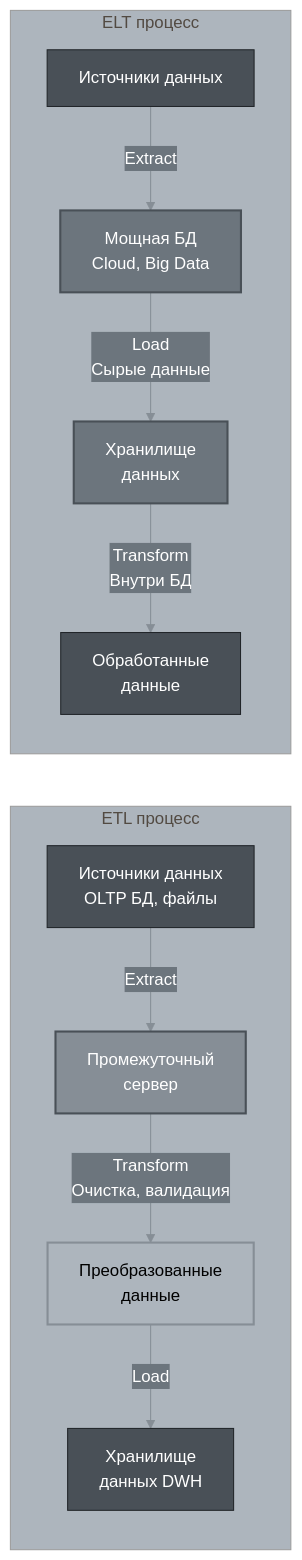
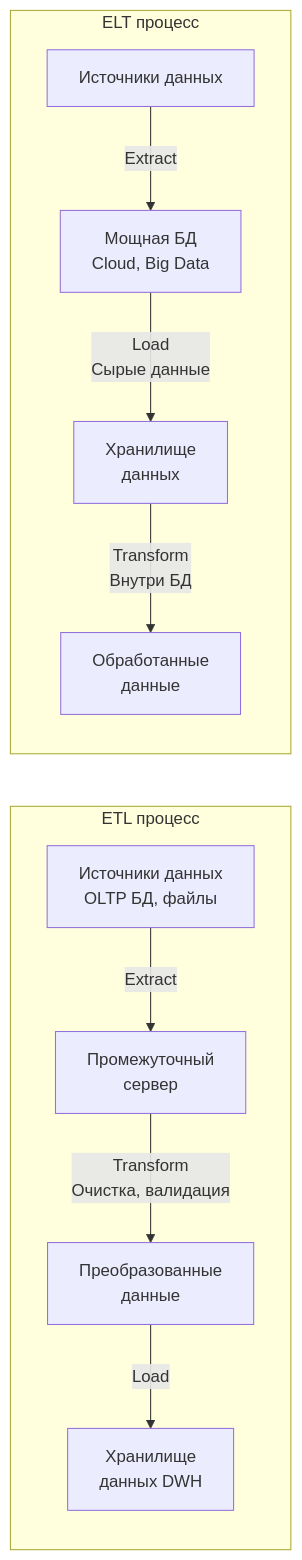
One commit to alx314vo/db_exam changed the sixth of 23 diagrams in db_exam.md. Above: the diagram before and after it, drawn with Mermaid. The commit also changed other lines of this file and 1 other file, not shown here.

````diff
--- a/db_exam.md
+++ b/db_exam.md
@@ -371,20 +348,15 @@
 ```mermaid
-%%{init: {'theme':'base', 'themeVariables': {'primaryColor':'#495057','primaryTextColor':'#fff','primaryBorderColor':'#212529','lineColor':'#868e96','secondaryColor':'#6c757d','tertiaryColor':'#adb5bd','background':'#ffffff','textColor':'#212529'}}}%%
 graph LR
     subgraph "ETL процесс"
         A1[Источники данных<br/>OLTP БД, файлы] -->|Extract| B1[Промежуточный<br/>сервер]
         B1 -->|Transform<br/>Очистка, валидация| C1[Преобразованные<br/>данные]
         C1 -->|Load| D1[Хранилище<br/>данных DWH]
     end
     
     subgraph "ELT процесс"
         A2[Источники данных] -->|Extract| B2[Мощная БД<br/>Cloud, Big Data]
         B2 -->|Load<br/>Сырые данные| C2[Хранилище<br/>данных]
         C2 -->|Transform<br/>Внутри БД| D2[Обработанные<br/>данные]
     end
     
-    style B1 fill:#868e96,stroke:#495057,stroke-width:2px,color:#fff
-    style C1 fill:#adb5bd,stroke:#868e96,stroke-width:2px,color:#000
-    style B2 fill:#6c757d,stroke:#495057,stroke-width:2px,color:#fff
-    style C2 fill:#6c757d,stroke:#495057,stroke-width:2px,color:#fff
 ```
````
